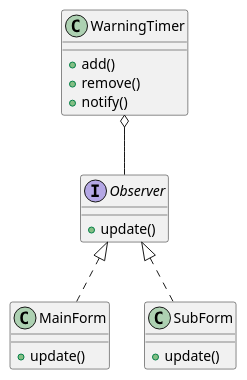
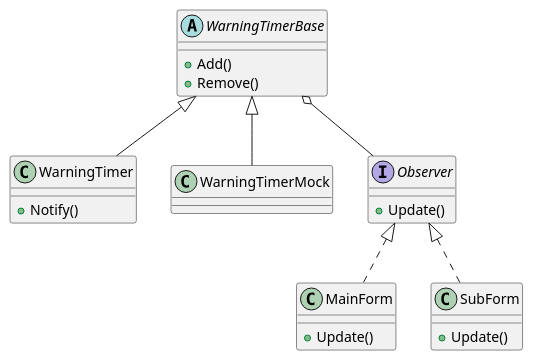
The diagram in documentation/class.puml (doradora58/ObserberPatern), drawn with PlantUML before and after one commit. The commit also changed 352 other files, not shown here.

```diff
--- a/documentation/class.puml
+++ b/documentation/class.puml
@@ -1,21 +1,33 @@
 @startuml
 
+abstract WarningTimerBase{
+    +Add()
+    +Remove()
+}
+
 class WarningTimer{
-    +add()
-    +remove()
-    +notify()
+    +Notify()
 }
+
+class WarningTimerMock{
+}
+
 interface Observer{
-    +update()
+    +Update()
 }
+
 class MainForm{
-    +update()
+    +Update()
 }
+
 class SubForm{
-    +update()
+    +Update()
 }
+
 Observer <|.. MainForm
 Observer <|.. SubForm
-WarningTimer o-- Observer
+WarningTimerBase o-- Observer
+WarningTimerBase <|-- WarningTimer
+WarningTimerBase <|-- WarningTimerMock
 
 @enduml
```
